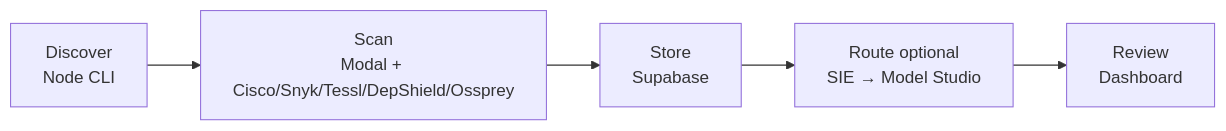
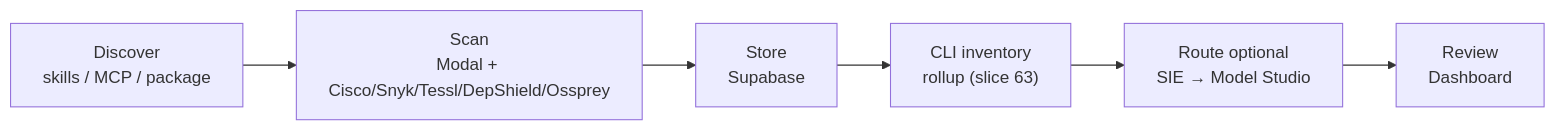
One commit to neomatrix369/tripwire changed the diagram in README.md. Above: the diagram before and after it, drawn with Mermaid. The commit also changed other lines of this file and 8 other files, not shown here.

First line of the commit message:
docs(slice-64): sync STATUS, plan trail, and package-scan docs

````diff
--- a/README.md
+++ b/README.md
@@ -200,7 +200,8 @@
 ```mermaid
 flowchart LR
-  discover["Discover<br/>Node CLI"] --> scan["Scan<br/>Modal + Cisco/Snyk/Tessl/DepShield/Ossprey"]
+  discover["Discover<br/>skills / MCP / package"] --> scan["Scan<br/>Modal + Cisco/Snyk/Tessl/DepShield/Ossprey"]
   scan --> store["Store<br/>Supabase"]
-  store --> route["Route optional<br/>SIE → Model Studio"]
+  store --> inventory["CLI inventory<br/>rollup (slice 63)"]
+  inventory --> route["Route optional<br/>SIE → Model Studio"]
   route --> review["Review<br/>Dashboard"]
 ```
````
